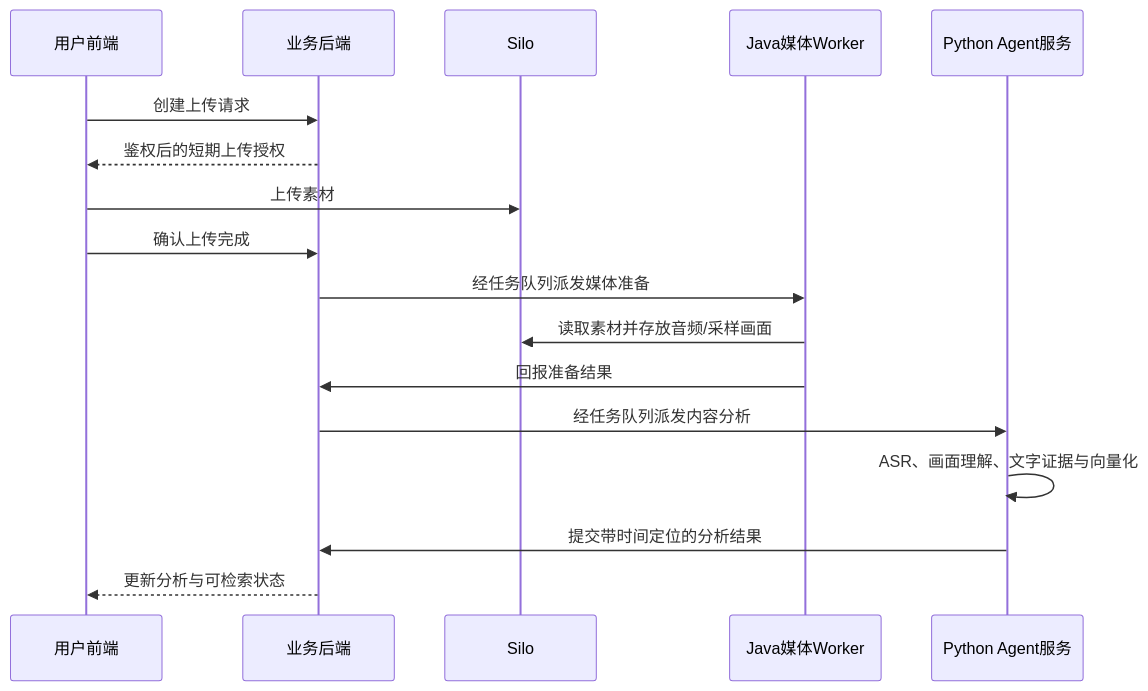
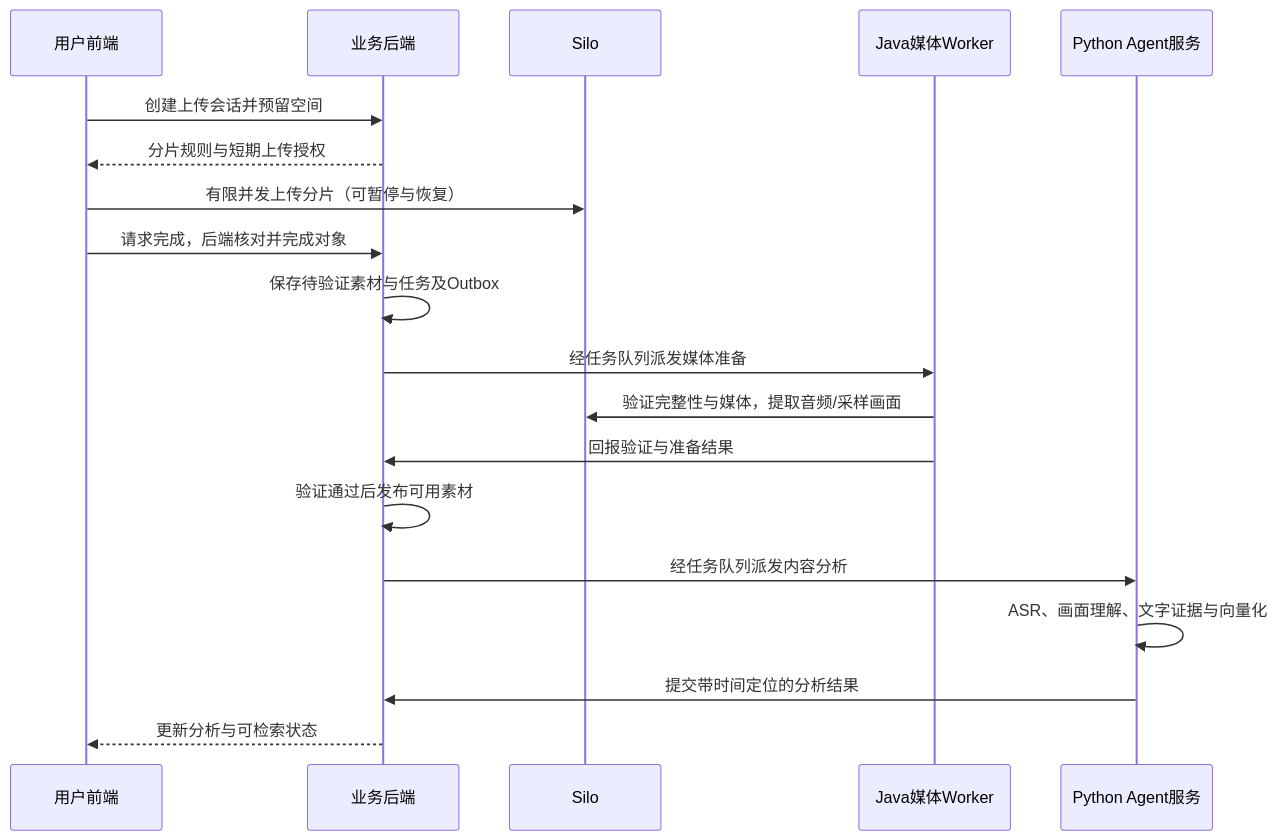
Before and after one commit to Hou1464851806/AgenticVideoProject: the second of 3 diagrams in docs/architecture.md, drawn with Mermaid. The commit also changed other lines of this file and 15 other files, not shown here.

````diff
--- a/docs/architecture.md
+++ b/docs/architecture.md
@@ -66,19 +66,21 @@
 ```mermaid
 sequenceDiagram
     participant U as 用户前端
     participant B as 业务后端
     participant O as Silo
     participant W as Java媒体Worker
     participant A as Python Agent服务
-    U->>B: 创建上传请求
-    B-->>U: 鉴权后的短期上传授权
-    U->>O: 上传素材
-    U->>B: 确认上传完成
+    U->>B: 创建上传会话并预留空间
+    B-->>U: 分片规则与短期上传授权
+    U->>O: 有限并发上传分片（可暂停与恢复）
+    U->>B: 请求完成，后端核对并完成对象
+    B->>B: 保存待验证素材与任务及Outbox
     B->>W: 经任务队列派发媒体准备
-    W->>O: 读取素材并存放音频/采样画面
-    W->>B: 回报准备结果
+    W->>O: 验证完整性与媒体，提取音频/采样画面
+    W->>B: 回报验证与准备结果
+    B->>B: 验证通过后发布可用素材
     B->>A: 经任务队列派发内容分析
     A->>A: ASR、画面理解、文字证据与向量化
     A->>B: 提交带时间定位的分析结果
     B-->>U: 更新分析与可检索状态
 ```
````
